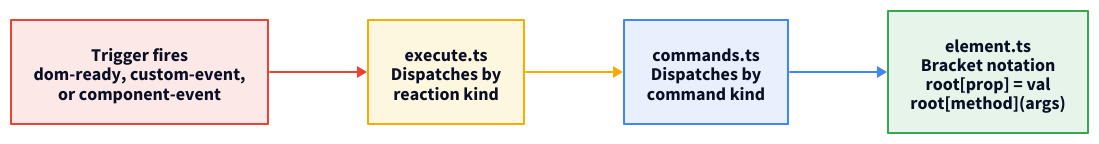
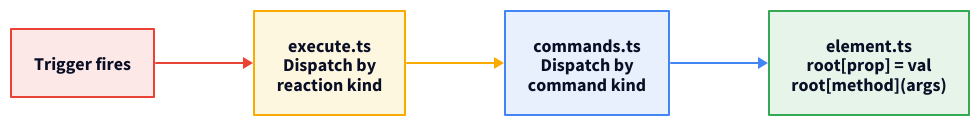
Before and after one commit to marafiq/alis-reactive: the second of 2 diagrams in docs-site/src/content/docs/architecture/runtime.mdx, drawn with D2. The commit also changed other lines of this file and 2 other files, not shown here.

First line of the commit message:
docs: eliminate overlap between Runtime and Component Model pages

````diff
--- a/docs-site/src/content/docs/architecture/runtime.mdx
+++ b/docs-site/src/content/docs/architecture/runtime.mdx
@@ -152,38 +95,38 @@
 ```d2
 direction: right
 
-trigger: "Trigger fires\ndom-ready, custom-event,\nor component-event" {
+trigger: "Trigger fires" {
   shape: rectangle
   style.fill: "#fce8e6"
   style.stroke: "#ea4335"
   style.font-size: 18
 }
-execute: "execute.ts\nDispatches by\nreaction kind" {
+reaction: "execute.ts\nDispatch by\nreaction kind" {
   shape: rectangle
   style.fill: "#fef7e0"
   style.stroke: "#f9ab00"
   style.font-size: 18
 }
-commands: "commands.ts\nDispatches by\ncommand kind" {
+command: "commands.ts\nDispatch by\ncommand kind" {
   shape: rectangle
   style.fill: "#e8f0fe"
   style.stroke: "#4285f4"
   style.font-size: 18
 }
-element: "element.ts\nBracket notation\nroot[prop] = val\nroot[method](args)" {
+bracket: "element.ts\nroot[prop] = val\nroot[method](args)" {
   shape: rectangle
   style.fill: "#e6f4ea"
   style.stroke: "#34a853"
   style.font-size: 18
 }
 
-trigger -> execute {
+trigger -> reaction {
   style.stroke: "#ea4335"
 }
-execute -> commands {
+reaction -> command {
   style.stroke: "#f9ab00"
 }
-commands -> element {
+command -> bracket {
   style.stroke: "#4285f4"
 }
 ```
````
